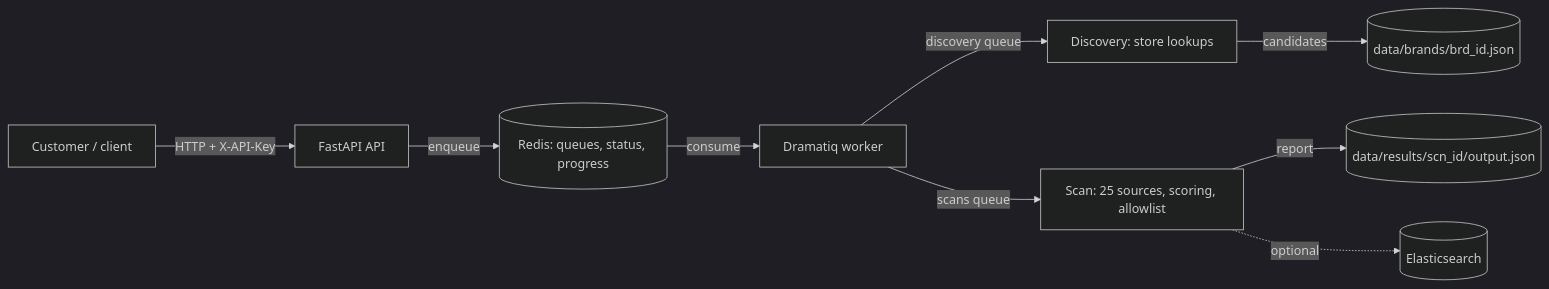
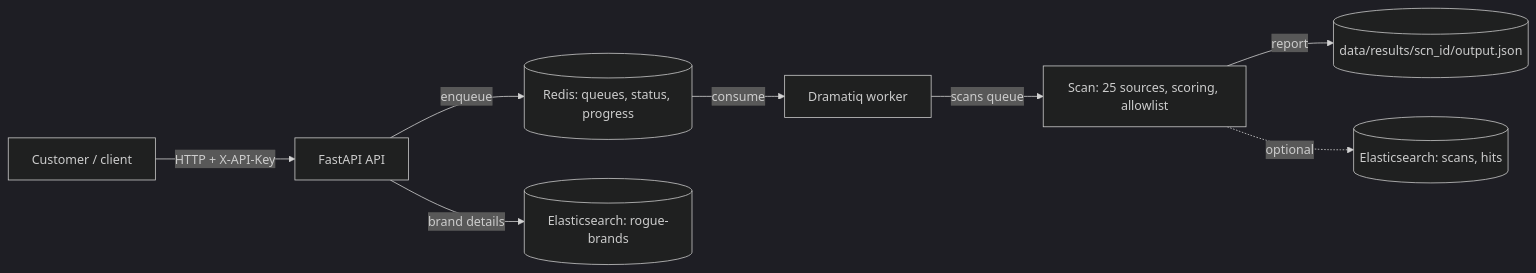
One commit to ravii26/find-same-app changed the diagram in README.md. Above: the diagram before and after it, drawn with Mermaid (dark theme). The commit also changed other lines of this file and 19 other files, not shown here.

First line of the commit message:
Refactor brand discovery and scanning processes

````diff
--- a/README.md
+++ b/README.md
@@ -50,11 +50,10 @@
 ```mermaid
 flowchart LR
     C[Customer / client] -->|HTTP + X-API-Key| A[FastAPI API]
     A -->|enqueue| R[(Redis: queues, status, progress)]
     R -->|consume| W[Dramatiq worker]
-    W -->|discovery queue| D[Discovery: store lookups]
+    A -->|brand details| B[(Elasticsearch: rogue-brands)]
     W -->|scans queue| S[Scan: 25 sources, scoring, allowlist]
     S -->|report| F[(data/results/scn_id/output.json)]
-    S -.->|optional| E[(Elasticsearch)]
-    D -->|candidates| B[(data/brands/brd_id.json)]
+    S -.->|optional| E[(Elasticsearch: scans, hits)]
 ```
````
